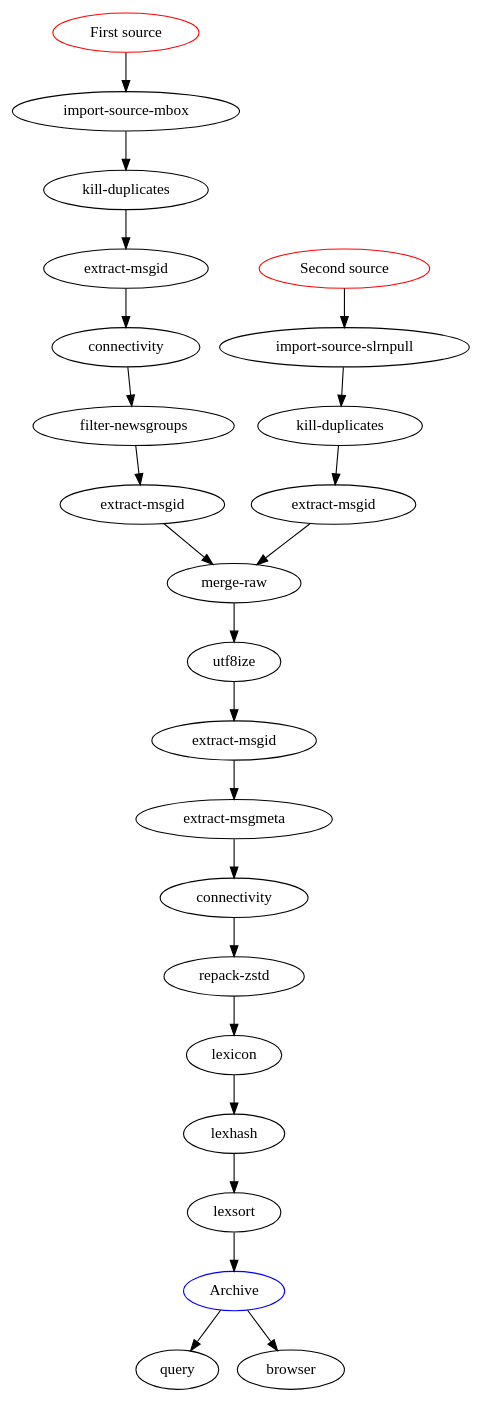
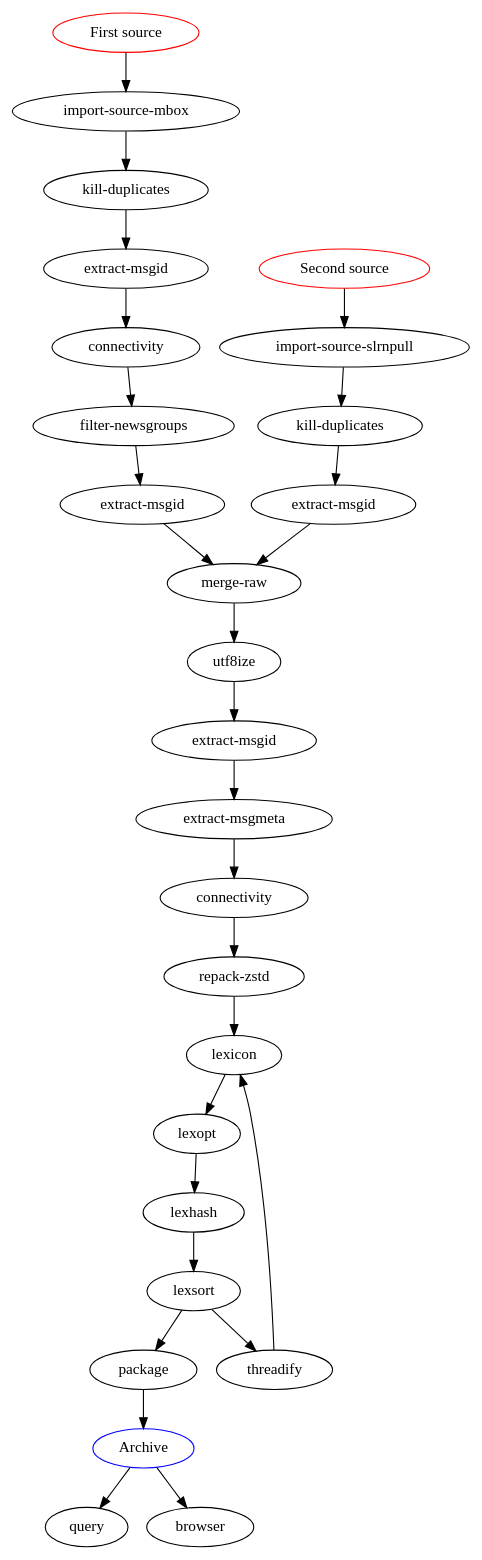
Before and after one commit to wolfpld/usenetarchive: the diagram in doc/pipeline.dot, drawn with Graphviz. The commit also changed 1 other file, not shown here.

Commit message:
Update pipeline graph.

```diff
--- a/doc/pipeline.dot
+++ b/doc/pipeline.dot
@@ -1,46 +1,50 @@
 digraph
 {
     src1[label="First source", color=red];
     src2[label="Second source", color=red];
     dst1[label="Archive", color=blue];
 
     mbox[label="import-source-mbox"];
     slrnpull[label="import-source-slrnpull"];
 
     kill1[label="kill-duplicates"];
     kill2[label="kill-duplicates"];
 
     msgid1[label="extract-msgid"];
     msgid2[label="extract-msgid"];
     msgid3[label="extract-msgid"];
     msgid4[label="extract-msgid"];
     conn2[label="connectivity"];
 
     filter[label="filter-newsgroups"];
     merge[label="merge-raw"];
     msgmeta[label="extract-msgmeta"];
     repack[label="repack-zstd"];
 
     src1 -> mbox;
     src2 -> slrnpull;
     mbox -> kill1;
     slrnpull -> kill2;
     kill1 -> msgid4;
     msgid4 -> conn2;
     conn2 -> filter;
     filter -> msgid1;
     kill2 -> msgid2;
     msgid1 -> merge;
     msgid2 -> merge;
     merge -> utf8ize;
     utf8ize -> msgid3;
     msgid3 -> msgmeta;
     msgmeta -> connectivity;
     connectivity -> repack;
     repack -> lexicon;
-    lexicon -> lexhash;
+    lexicon -> lexopt;
+    lexopt -> lexhash;
     lexhash -> lexsort;
-    lexsort -> dst1;
+    lexsort -> package;
+    package -> dst1;
     dst1 -> query;
     dst1 -> browser;
+    lexsort -> threadify;
+    threadify -> lexicon;
 }
```
